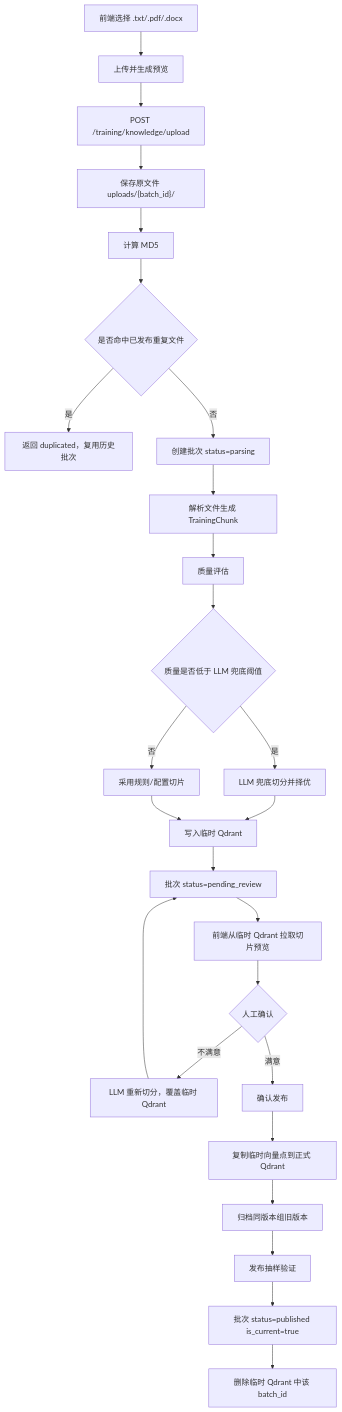
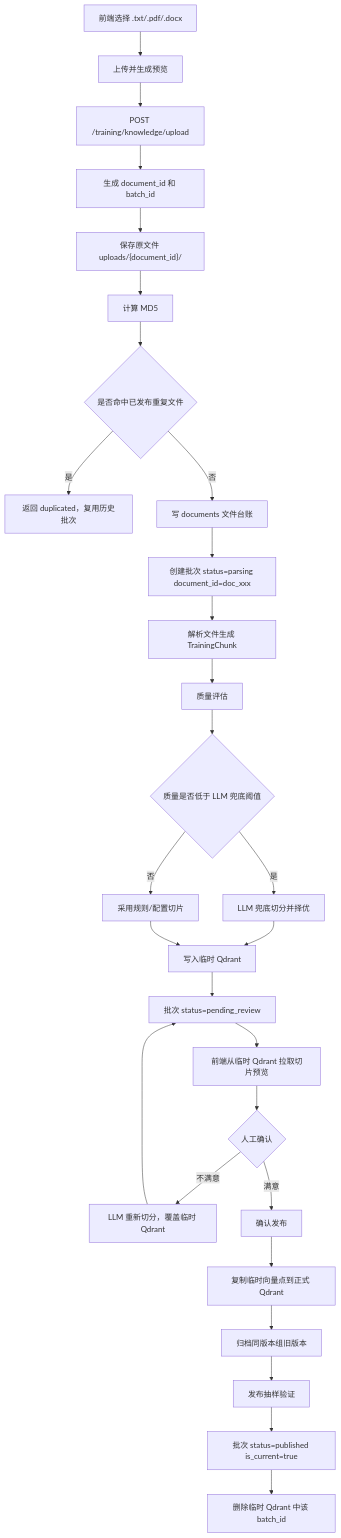
One commit to chen-liang-22/AI_RAG_Agent_Project changed the first of 3 diagrams in docs/销售训练资料管理上传文件流程.md. Above: the diagram before and after it, drawn with Mermaid. The commit also changed other lines of this file and 35 other files, not shown here.

````diff
--- a/docs/销售训练资料管理上传文件流程.md
+++ b/docs/销售训练资料管理上传文件流程.md
@@ -41,28 +42,30 @@
 ```mermaid
 flowchart TD
     A["前端选择 .txt/.pdf/.docx"] --> B["上传并生成预览"]
     B --> C["POST /training/knowledge/upload"]
-    C --> D["保存原文件 uploads/{batch_id}/"]
-    D --> E["计算 MD5"]
+    C --> D["生成 document_id 和 batch_id"]
+    D --> D1["保存原文件 uploads/{document_id}/"]
+    D1 --> E["计算 MD5"]
     E --> F{"是否命中已发布重复文件"}
     F -- "是" --> G["返回 duplicated，复用历史批次"]
-    F -- "否" --> H["创建批次 status=parsing"]
-    H --> I["解析文件生成 TrainingChunk"]
+    F -- "否" --> H["写 documents 文件台账"]
+    H --> H1["创建批次 status=parsing document_id=doc_xxx"]
+    H1 --> I["解析文件生成 TrainingChunk"]
     I --> J["质量评估"]
     J --> K{"质量是否低于 LLM 兜底阈值"}
     K -- "是" --> L["LLM 兜底切分并择优"]
     K -- "否" --> M["采用规则/配置切片"]
     L --> N["写入临时 Qdrant"]
     M --> N
     N --> O["批次 status=pending_review"]
     O --> P["前端从临时 Qdrant 拉取切片预览"]
     P --> Q{"人工确认"}
     Q -- "不满意" --> R["LLM 重新切分，覆盖临时 Qdrant"]
     R --> O
     Q -- "满意" --> S["确认发布"]
     S --> T["复制临时向量点到正式 Qdrant"]
     T --> U["归档同版本组旧版本"]
     U --> V["发布抽样验证"]
     V --> W["批次 status=published is_current=true"]
     W --> X["删除临时 Qdrant 中该 batch_id"]
 ```
````
